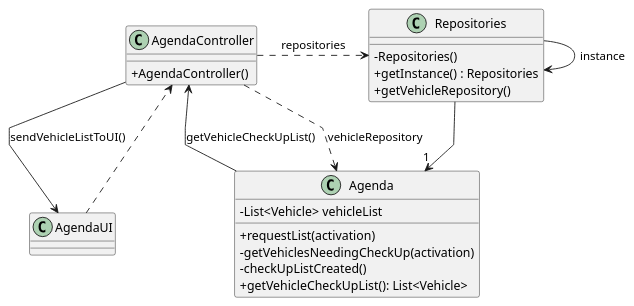
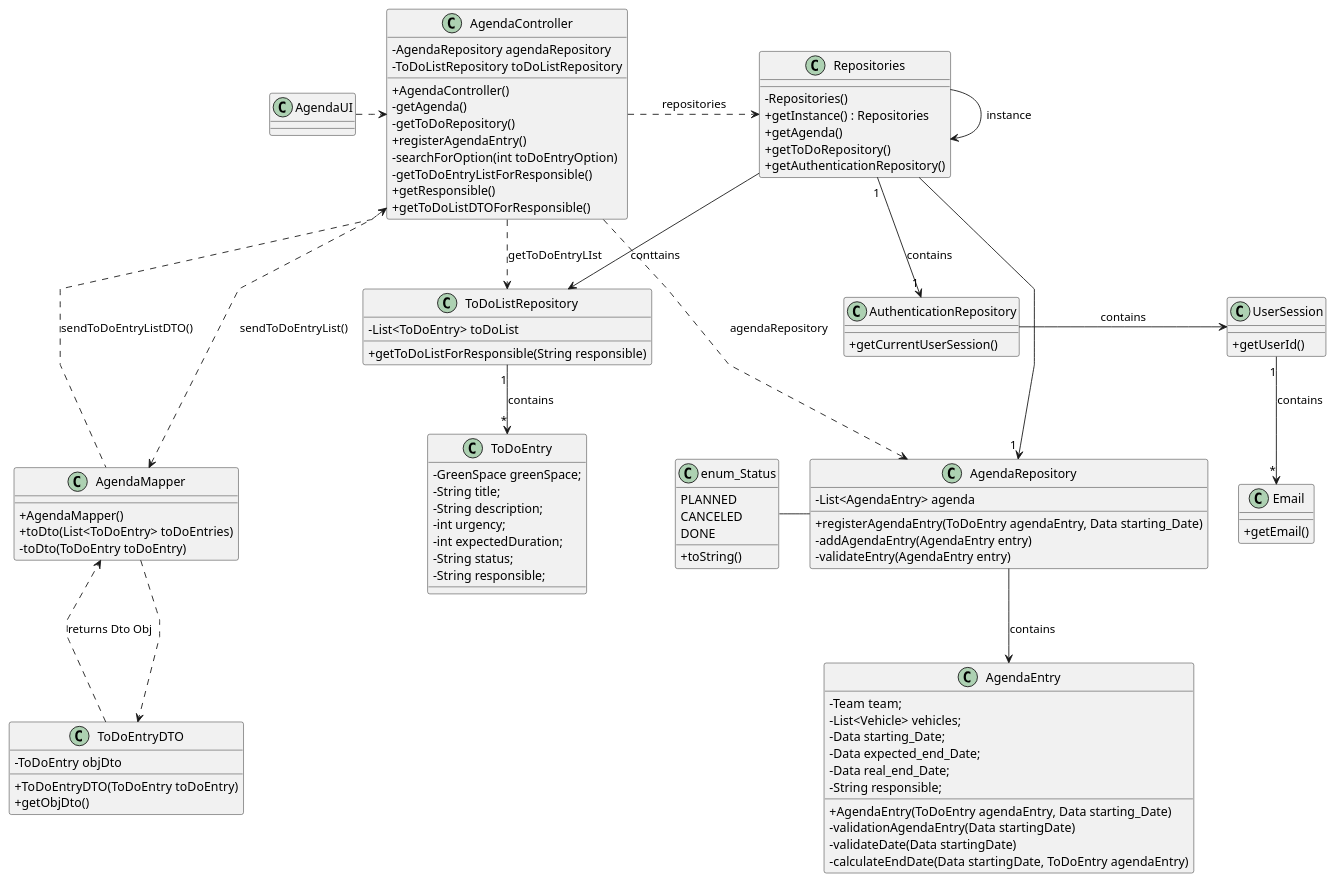
Before and after one commit to SAEmanuel/Green_Spaces_Management_ISEP: the diagram in docs/sprintC/us022/03.design/puml/us022-class-diagram.puml, drawn with PlantUML. The commit also changed 9 other files, not shown here.

Commit message:
US022 - class diagram v3.1.0

```diff
--- a/docs/sprintC/us022/03.design/puml/us022-class-diagram.puml
+++ b/docs/sprintC/us022/03.design/puml/us022-class-diagram.puml
@@ -1,40 +1,129 @@
 @startuml
 'skinparam monochrome true
 skinparam packageStyle rectangle
 skinparam shadowing false
 skinparam linetype polyline
 'skinparam linetype orto
 skinparam classAttributeIconSize 0
 'left to right direction
 
-class Agenda {
-    - List<Vehicle> vehicleList
-    + requestList(activation)
-    - getVehiclesNeedingCheckUp(activation)
-    - checkUpListCreated()
-    + getVehicleCheckUpList(): List<Vehicle>
+class AgendaUI {
+}
+
+
+class AgendaController {
+    - AgendaRepository agendaRepository
+    - ToDoListRepository toDoListRepository
+    + AgendaController()
+    - getAgenda()
+    - getToDoRepository()
+    + registerAgendaEntry()
+    - searchForOption(int toDoEntryOption)
+    - getToDoEntryListForResponsible()
+    + getResponsible()
+    + getToDoListDTOForResponsible()
 }
 
 class Repositories {
     - Repositories()
     + getInstance() : Repositories
-    + getVehicleRepository()
+    + getAgenda()
+    + getToDoRepository()
+    + getAuthenticationRepository()
 }
 
-class AgendaController {
-    + AgendaController()
+class AuthenticationRepository {
+    + getCurrentUserSession()
+}
+
+class UserSession {
+    + getUserId()
+}
+
+class Email {
+    + getEmail()
+}
+
+
+
+class AgendaRepository {
+    -List<AgendaEntry> agenda
+    + registerAgendaEntry(ToDoEntry agendaEntry, Data starting_Date)
+    - addAgendaEntry(AgendaEntry entry)
+    - validateEntry(AgendaEntry entry)
 
 }
 
-class AgendaUI {
+
+class ToDoListRepository {
+    - List<ToDoEntry> toDoList
+    +getToDoListForResponsible(String responsible)
 }
 
-AgendaUI ..> AgendaController
+class AgendaMapper {
+ +AgendaMapper()
+ + toDto(List<ToDoEntry> toDoEntries)
+ - toDto(ToDoEntry toDoEntry)
+}
 
-AgendaController --> AgendaUI : sendVehicleListToUI()
+class ToDoEntryDTO{
+    - ToDoEntry objDto
+    + ToDoEntryDTO(ToDoEntry toDoEntry)
+    + getObjDto()
+}
+
+
+class AgendaEntry {
+     -Team team;
+     -List<Vehicle> vehicles;
+     -Data starting_Date;
+     -Data expected_end_Date;
+     -Data real_end_Date;
+     -String responsible;
+     + AgendaEntry(ToDoEntry agendaEntry, Data starting_Date)
+     - validationAgendaEntry(Data startingDate)
+     - validateDate(Data startingDate)
+     - calculateEndDate(Data startingDate, ToDoEntry agendaEntry)
+}
+
+class enum_Status {
+    PLANNED
+    CANCELED
+    DONE
+    + toString()
+}
+
+class ToDoEntry {
+    -  GreenSpace greenSpace;
+    -  String title;
+    -  String description;
+    -  int urgency;
+    - int expectedDuration;
+    - String status;
+    -  String responsible;
+}
+
+
+
+
+AgendaUI .> AgendaController
+'
+AgendaController ..> AgendaMapper : sendToDoEntryList()
+AgendaController <... AgendaMapper : sendToDoEntryListDTO()
+AgendaMapper ..> ToDoEntryDTO
+Repositories --> ToDoListRepository: conttains
+AgendaController ..> ToDoListRepository : getToDoEntryLIst
+ToDoListRepository "1" --> "*" ToDoEntry : contains
+Repositories "1" --> "1" AuthenticationRepository : contains
+AuthenticationRepository -> UserSession : contains
+UserSession "1" --> "*" Email : contains
 AgendaController .> Repositories : repositories
-Repositories  --> "1 " Agenda
+Repositories  --> "1 " AgendaRepository
 Repositories -> Repositories : instance
-AgendaController ..>  Agenda : vehicleRepository
-Agenda -> AgendaController : getVehicleCheckUpList()
+AgendaController ...>  AgendaRepository : agendaRepository
+'AgendaRepository --> AgendaController : getVehicleCheckUpList()
+AgendaRepository --> AgendaEntry : contains
+ToDoEntryDTO ..> AgendaMapper : returns Dto Obj
+enum_Status - AgendaRepository
+
 @enduml
```
